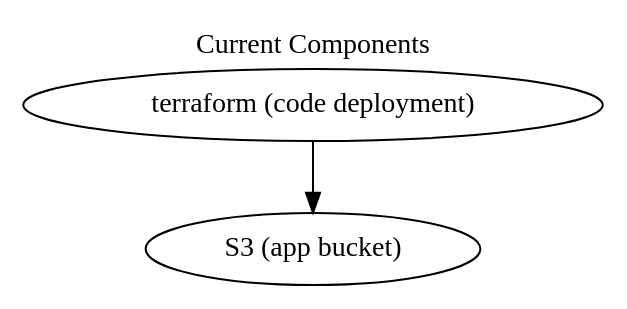
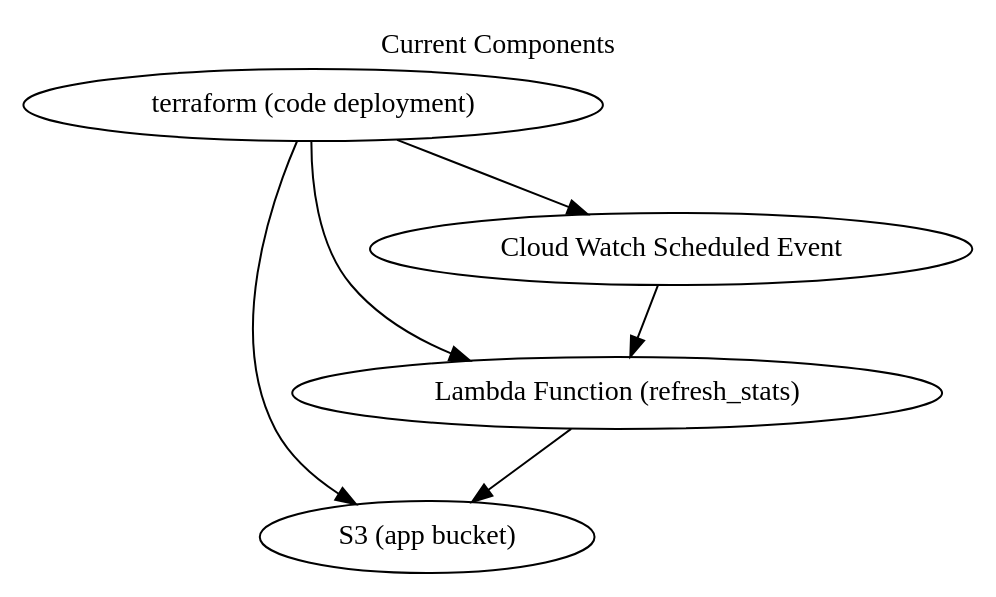
One commit to code-for-nashville/inclucivics changed the diagram in docs/architecture.dot. Above: the diagram before and after it, drawn with Graphviz. The commit also changed 1 other file, not shown here.

Commit message:
update components graph

```diff
--- a/docs/architecture.dot
+++ b/docs/architecture.dot
@@ -1,5 +1,11 @@
 digraph {
   label="Current Components"
   labelloc=top
-  "terraform (code deployment)" -> "S3 (app bucket)"
+  tf [label = "terraform (code deployment)"]
+  s3 [label = "S3 (app bucket)"]
+  lf [label = "Lambda Function (refresh_stats)"]
+  cw [label = "Cloud Watch Scheduled Event"]
+  tf -> cw -> lf -> s3
+  tf -> lf
+  tf -> s3
 }
```
